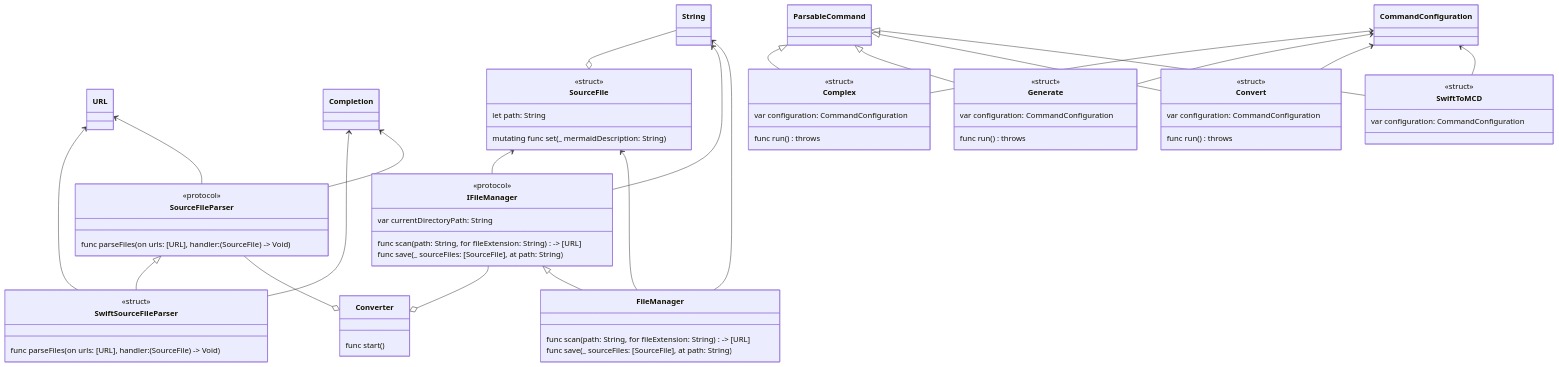
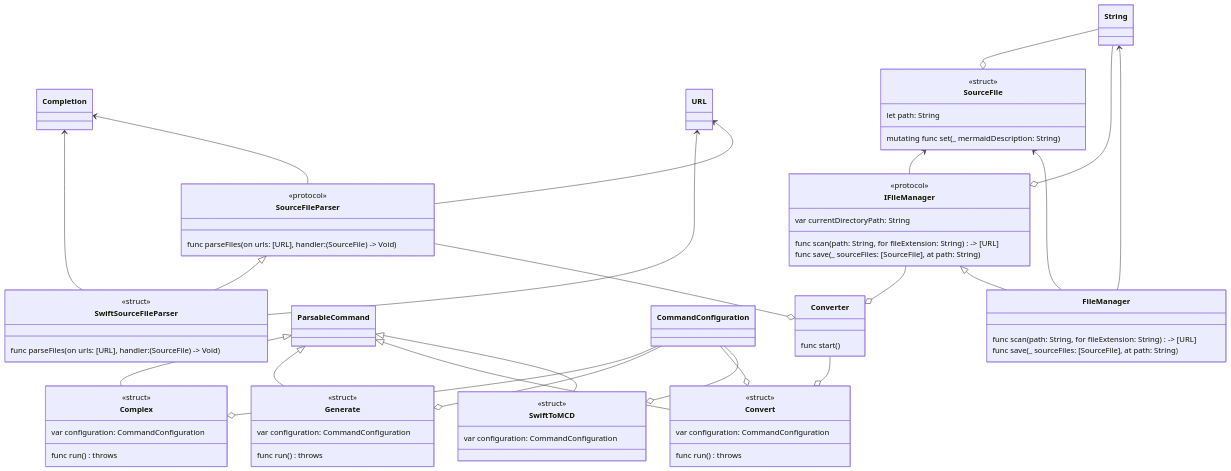
Before and after one commit to TimuREC/swift-to-mcd: the diagram in README.md, drawn with Mermaid.

Commit message:
Обновление примера в Readme

````diff
--- a/README.md
+++ b/README.md
@@ -16,8 +16,8 @@
 	
 	func parseFiles(on urls: [URL], handler: (SourceFile) -> Void)
 }
+Completion <-- SwiftSourceFileParser
 URL <-- SwiftSourceFileParser
-Completion <-- SwiftSourceFileParser
 
 class SourceFileParser{
 	<<protocol>>
@@ -25,8 +25,8 @@
 	
 	func parseFiles(on urls: [URL], handler: (SourceFile) -> Void)
 }
+URL <-- SourceFileParser
 Completion <-- SourceFileParser
-URL <-- SourceFileParser
 
 ParsableCommand <|-- Complex
 class Complex{
@@ -36,7 +36,7 @@
 	
 	func run() throws
 }
-CommandConfiguration <-- Complex
+CommandConfiguration --o Complex
 
 ParsableCommand <|-- Generate
 class Generate{
@@ -46,7 +46,7 @@
 	
 	func run() throws
 }
-CommandConfiguration <-- Generate
+CommandConfiguration --o Generate
 
 ParsableCommand <|-- Convert
 class Convert{
@@ -56,14 +56,15 @@
 	
 	func run() throws
 }
-CommandConfiguration <-- Convert
+CommandConfiguration --o Convert
+Converter --o Convert
 
 class Converter{
 	
 	func start()
 }
+SourceFileParser --o Converter
 IFileManager --o Converter
-SourceFileParser --o Converter
 
 class SourceFile{
 	<<struct>>
@@ -81,7 +82,7 @@
 	var configuration: CommandConfiguration
 	
 }
-CommandConfiguration <-- SwiftToMCD
+CommandConfiguration --o SwiftToMCD
 
 class IFileManager{
 	<<protocol>>
@@ -91,8 +92,8 @@
 	func scan(path: String, for fileExtension: String) -> [URL]
 	func save(_ sourceFiles: [SourceFile], at path: String)
 }
+String --o IFileManager
 SourceFile <-- IFileManager
-String <-- IFileManager
 
 IFileManager <|-- FileManager
 class FileManager{
@@ -100,7 +101,6 @@
 	func scan(path: String, for fileExtension: String) -> [URL]
 	func save(_ sourceFiles: [SourceFile], at path: String)
 }
+String <-- FileManager
 SourceFile <-- FileManager
-String <-- FileManager
-
 ```
````
